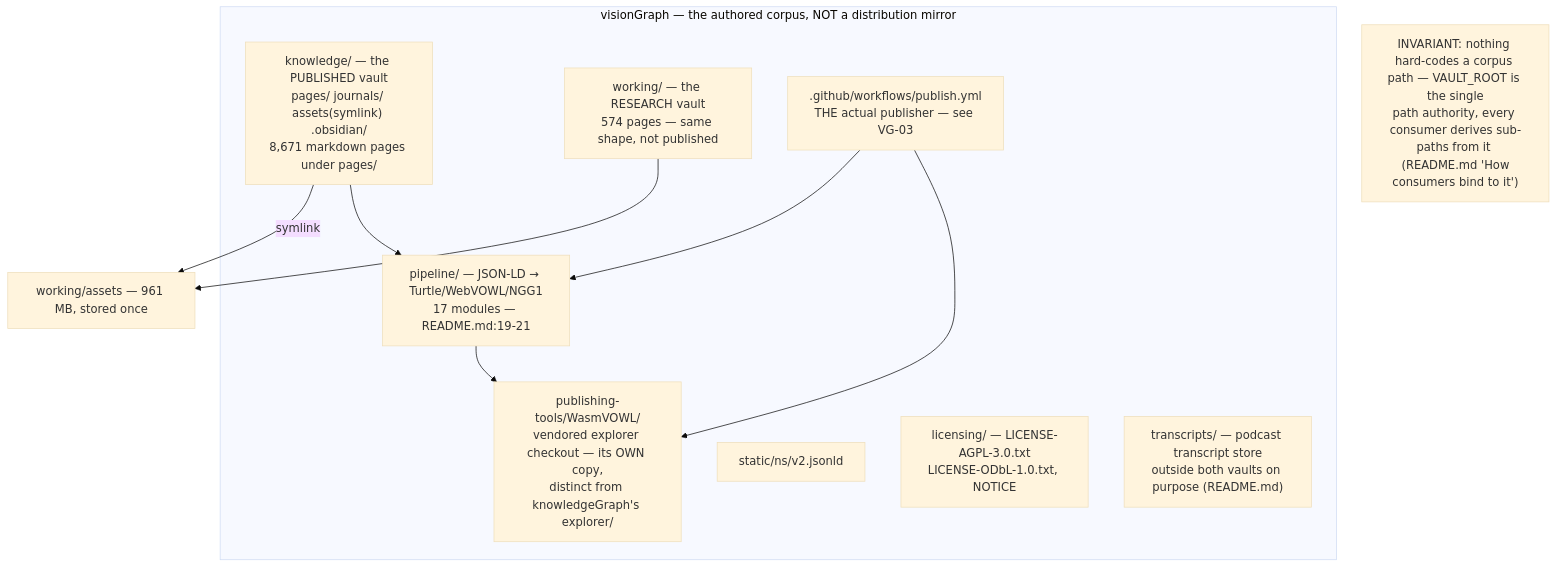
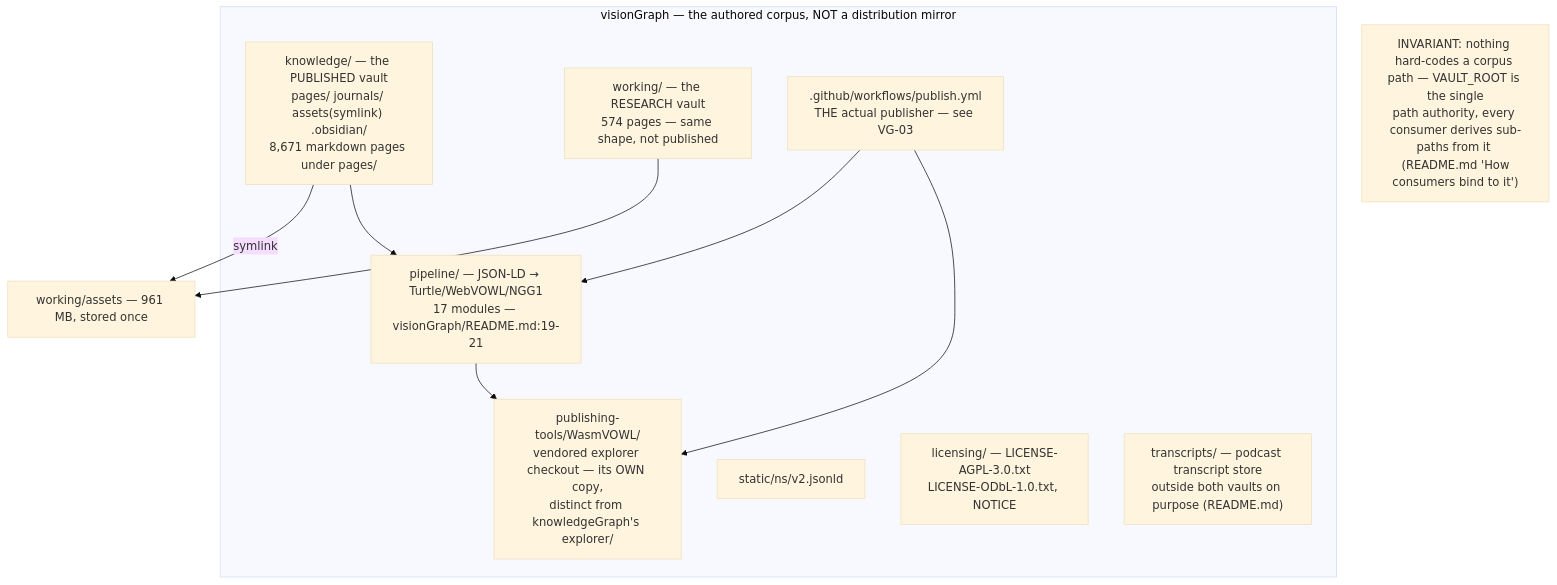
The first of 4 diagrams in docs/diagrams/visiongraph/01-vault-structure-and-contract.md (DreamLab-AI/VisionFlow), drawn with Mermaid (base theme) before and after one commit. The commit also changed 185 other files, not shown here.

Commit message:
docs(estate): reconcile diagrams and ADRs with source and define closeout sprint

````diff
--- a/docs/diagrams/visiongraph/01-vault-structure-and-contract.md
+++ b/docs/diagrams/visiongraph/01-vault-structure-and-contract.md
@@ -20,20 +20,20 @@
 ```mermaid
 flowchart TB
     subgraph REPO["visionGraph — the authored corpus, NOT a distribution mirror"]
         KV["knowledge/ — the PUBLISHED vault<br/>pages/ journals/ assets#40;symlink#41; .obsidian/<br/>8,671 markdown pages under pages/"]
         WV["working/ — the RESEARCH vault<br/>574 pages — same shape, not published"]
-        PIPE["pipeline/ — JSON-LD → Turtle/WebVOWL/NGG1<br/>17 modules — README.md:19-21"]
+        PIPE["pipeline/ — JSON-LD → Turtle/WebVOWL/NGG1<br/>17 modules — visionGraph/README.md:19-21"]
         PUBTOOLS["publishing-tools/WasmVOWL/<br/>vendored explorer checkout — its OWN copy,<br/>distinct from knowledgeGraph's explorer/"]
         STATIC["static/ns/v2.jsonld"]
         LIC["licensing/ — LICENSE-AGPL-3.0.txt<br/>LICENSE-ODbL-1.0.txt, NOTICE"]
         TRANS["transcripts/ — podcast transcript store<br/>outside both vaults on purpose #40;README.md#41;"]
         GH[".github/workflows/publish.yml<br/>THE actual publisher — see VG-03"]
     end
     KV -->|"symlink"| ASSETS["working/assets — 961 MB, stored once"]
     WV --> ASSETS
     KV --> PIPE
     PIPE --> PUBTOOLS
     GH --> PIPE
     GH --> PUBTOOLS
     note1["INVARIANT: nothing hard-codes a corpus path — VAULT_ROOT is the single<br/>path authority, every consumer derives sub-paths from it #40;README.md 'How<br/>consumers bind to it'#41;"]
 ```
````
